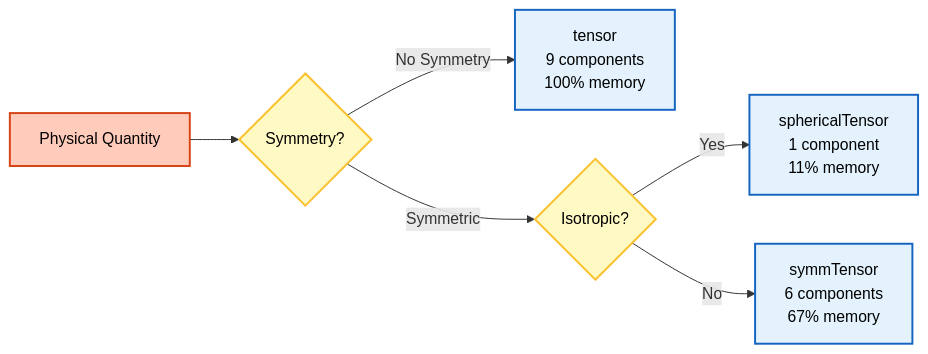
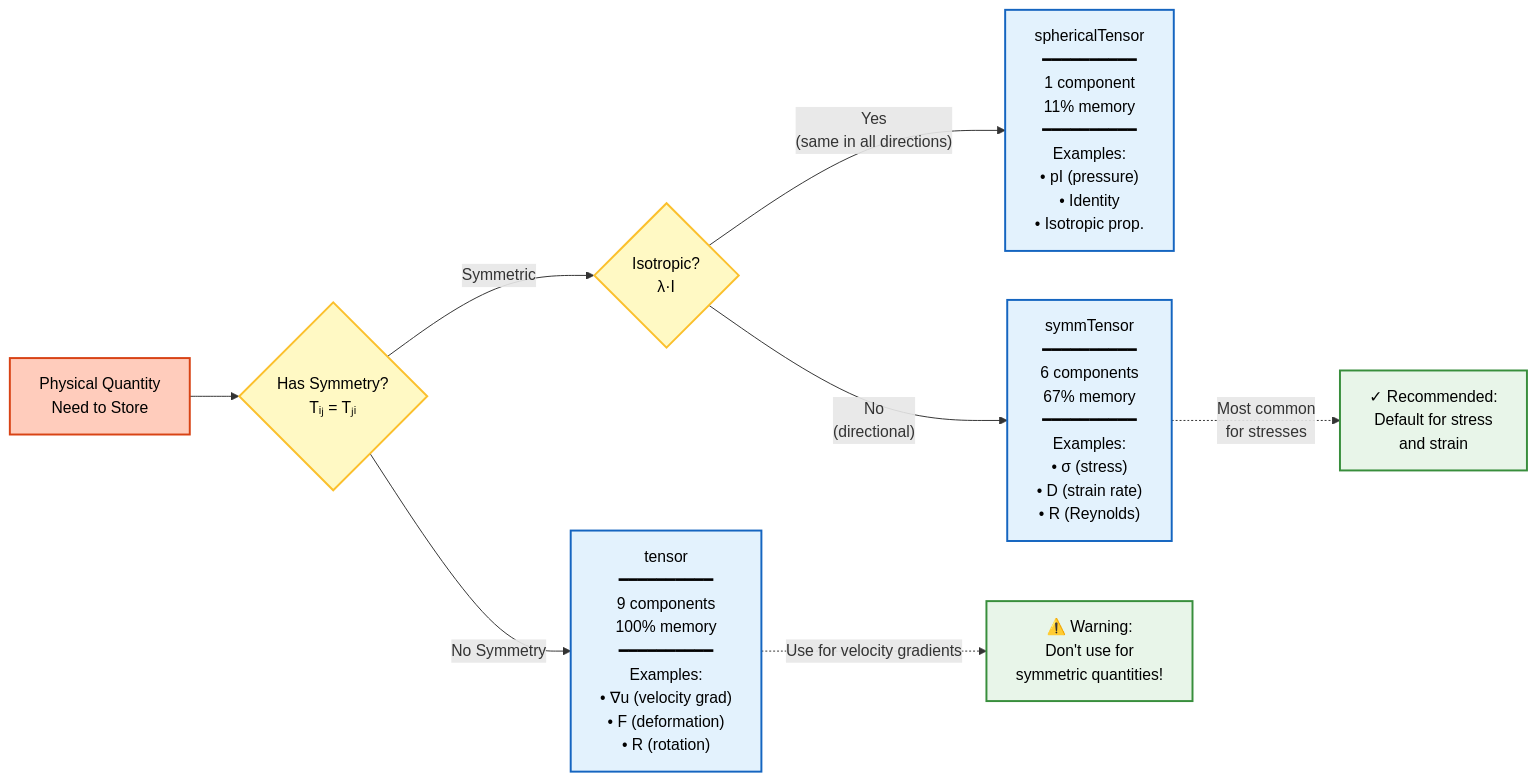
One commit to wramet/build-my-cfd changed the second of 2 diagrams in MODULE_05_OPENFOAM_PROGRAMMING/CONTENT/11_TENSOR_ALGEBRA/02_Tensor_Class_Hierarchy.md. Above: the diagram before and after it, drawn with Mermaid. The commit also changed other lines of this file and 124 other files, not shown here.

````diff
--- a/MODULE_05_OPENFOAM_PROGRAMMING/CONTENT/11_TENSOR_ALGEBRA/02_Tensor_Class_Hierarchy.md
+++ b/MODULE_05_OPENFOAM_PROGRAMMING/CONTENT/11_TENSOR_ALGEBRA/02_Tensor_Class_Hierarchy.md
@@ -397,15 +375,21 @@
 ```mermaid
 flowchart LR
 %% Classes
 classDef explicit fill:#ffccbc,stroke:#d84315,stroke-width:2px,color:#000
 classDef implicit fill:#e3f2fd,stroke:#1565c0,stroke-width:2px,color:#000
 classDef decision fill:#fff9c4,stroke:#fbc02d,stroke-width:2px,color:#000
-A["Physical Quantity"]:::explicit --> B{"Symmetry?"}:::decision
+classDef example fill:#e8f5e9,stroke:#388e3c,stroke-width:2px,color:#000
 
-B -->|"No Symmetry"| C["tensor<br/>9 components<br/>100% memory"]:::implicit
+A["Physical Quantity<br/>Need to Store"]:::explicit --> B{"Has Symmetry?<br/>Tᵢⱼ = Tⱼᵢ"}:::decision
 
-B -->|"Symmetric"| D{"Isotropic?"}:::decision
+B -->|"No Symmetry"| C["tensor<br/>━━━━━━━━━━<br/>9 components<br/>100% memory<br/>━━━━━━━━━━<br/>Examples:<br/>• ∇u (velocity grad)<br/>• F (deformation)<br/>• R (rotation)"]:::implicit
 
-D -->|"Yes"| E["sphericalTensor<br/>1 component<br/>11% memory"]:::implicit
-D -->|"No"| F["symmTensor<br/>6 components<br/>67% memory"]:::implicit
+B -->|"Symmetric"| D{"Isotropic?<br/>λ·I"}:::decision
+
+D -->|"Yes<br/>(same in all directions)"| E["sphericalTensor<br/>━━━━━━━━━━<br/>1 component<br/>11% memory<br/>━━━━━━━━━━<br/>Examples:<br/>• pI (pressure)<br/>• Identity<br/>• Isotropic prop."]:::implicit
+
+D -->|"No<br/>(directional)"| F["symmTensor<br/>━━━━━━━━━━<br/>6 components<br/>67% memory<br/>━━━━━━━━━━<br/>Examples:<br/>• σ (stress)<br/>• D (strain rate)<br/>• R (Reynolds)"]:::implicit
+
+C -.->|Use for velocity gradients| G["⚠️ Warning:<br/>Don't use for<br/>symmetric quantities!"]:::example
+F -.->|Most common<br/>for stresses| H["✓ Recommended:<br/>Default for stress<br/>and strain"]:::example
 ```
````
